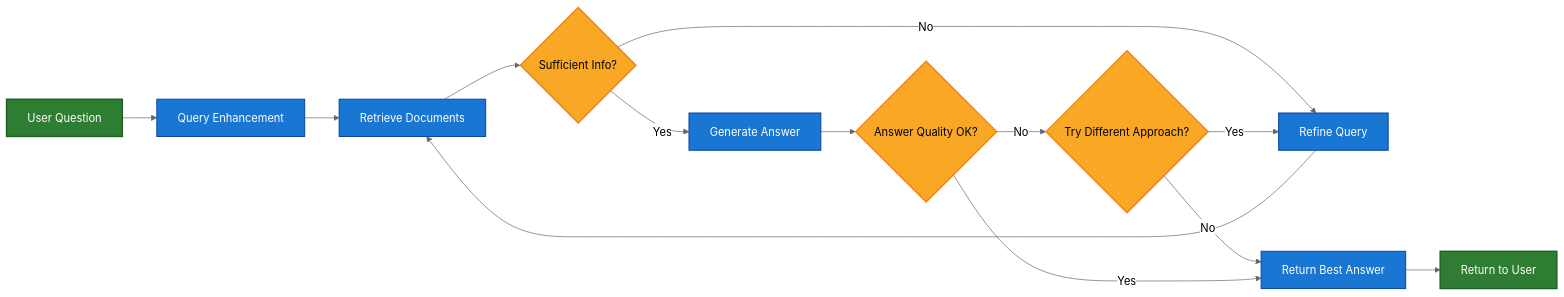
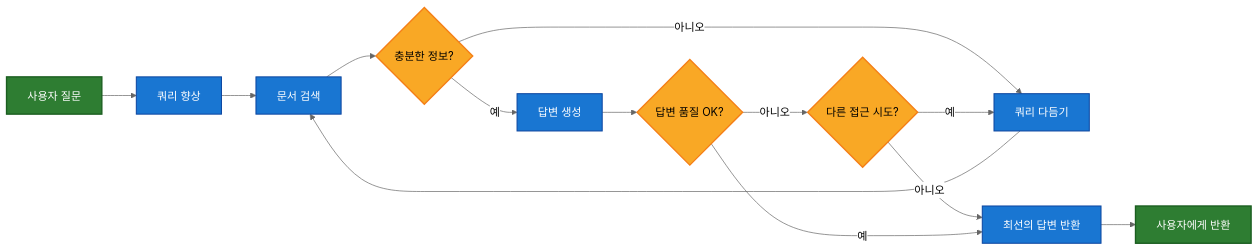
The fourth of 4 diagrams in src-ko/oss/langchain/retrieval.mdx (jeongsk/langchain-docs), drawn with Mermaid (neutral theme) before and after one commit. The commit also changed other lines of this file and 20 other files, not shown here.

````diff
--- a/src-ko/oss/langchain/retrieval.mdx
+++ b/src-ko/oss/langchain/retrieval.mdx
@@ -420,23 +426,23 @@
 ```mermaid
 graph LR
-    A[User Question] --> B[Query Enhancement]
-    B --> C[Retrieve Documents]
-    C --> D{Sufficient Info?}
-    D -- No --> E[Refine Query]
+    A[사용자 질문] --> B[쿼리 향상]
+    B --> C[문서 검색]
+    C --> D{충분한 정보?}
+    D -- 아니오 --> E[쿼리 다듬기]
     E --> C
-    D -- Yes --> F[Generate Answer]
-    F --> G{Answer Quality OK?}
-    G -- No --> H{Try Different Approach?}
-    H -- Yes --> E
-    H -- No --> I[Return Best Answer]
-    G -- Yes --> I
-    I --> J[Return to User]
+    D -- 예 --> F[답변 생성]
+    F --> G{답변 품질 OK?}
+    G -- 아니오 --> H{다른 접근 시도?}
+    H -- 예 --> E
+    H -- 아니오 --> I[최선의 답변 반환]
+    G -- 예 --> I
+    I --> J[사용자에게 반환]
 
     classDef startend fill:#2e7d32,stroke:#1b5e20,stroke-width:2px,color:#fff
     classDef decision fill:#f9a825,stroke:#f57f17,stroke-width:2px,color:#000
     classDef process fill:#1976d2,stroke:#0d47a1,stroke-width:1.5px,color:#fff
 
     class A,J startend
     class B,C,E,F,I process
     class D,G,H decision
 ```
````
